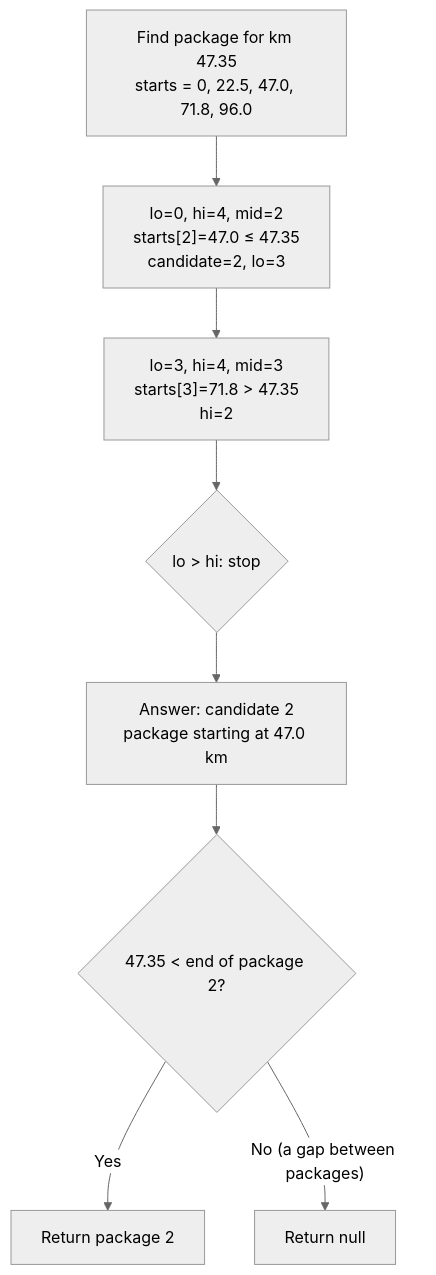
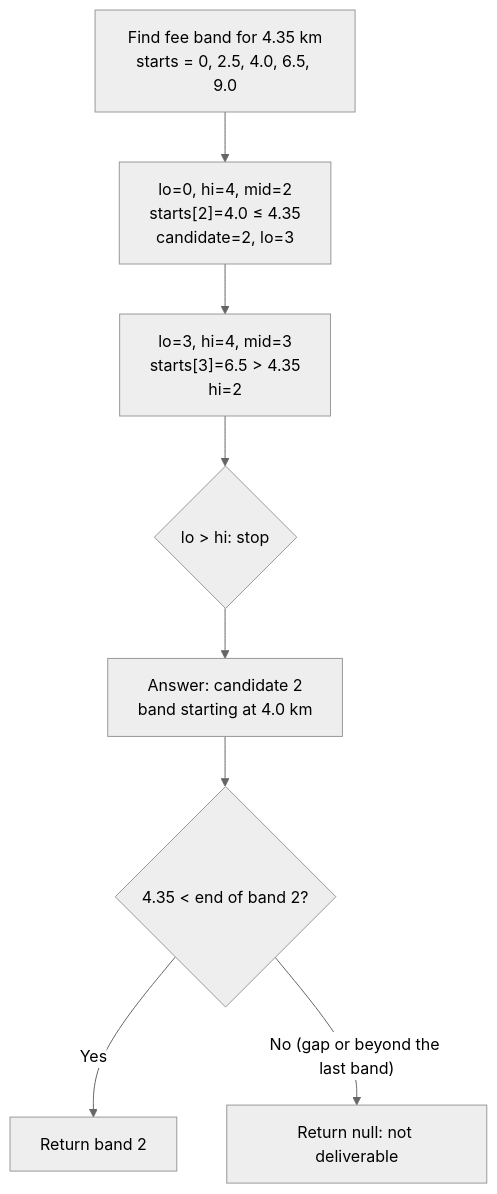
Before and after one commit to rizwi0786/system-design-lab: the first of 3 diagrams in content/lessons/m01/m01-algorithms.md, drawn with Mermaid (neutral theme). The commit also changed other lines of this file and 334 other files, not shown here.

````diff
--- a/content/lessons/m01/m01-algorithms.md
+++ b/content/lessons/m01/m01-algorithms.md
@@ -284,10 +284,10 @@
 ```mermaid
 flowchart TD
-    S["Find package for km 47.35<br/>starts = 0, 22.5, 47.0, 71.8, 96.0"] --> M1["lo=0, hi=4, mid=2<br/>starts[2]=47.0 ≤ 47.35<br/>candidate=2, lo=3"]
-    M1 --> M2["lo=3, hi=4, mid=3<br/>starts[3]=71.8 > 47.35<br/>hi=2"]
+    S["Find fee band for 4.35 km<br/>starts = 0, 2.5, 4.0, 6.5, 9.0"] --> M1["lo=0, hi=4, mid=2<br/>starts[2]=4.0 ≤ 4.35<br/>candidate=2, lo=3"]
+    M1 --> M2["lo=3, hi=4, mid=3<br/>starts[3]=6.5 > 4.35<br/>hi=2"]
     M2 --> E{"lo > hi: stop"}
-    E --> R["Answer: candidate 2<br/>package starting at 47.0 km"]
-    R --> C{"47.35 < end of package 2?"}
-    C -- Yes --> OK["Return package 2"]
-    C -- "No (a gap between packages)" --> N["Return null"]
+    E --> R["Answer: candidate 2<br/>band starting at 4.0 km"]
+    R --> C{"4.35 < end of band 2?"}
+    C -- Yes --> OK["Return band 2"]
+    C -- "No (gap or beyond the last band)" --> N["Return null: not deliverable"]
 ```
````
